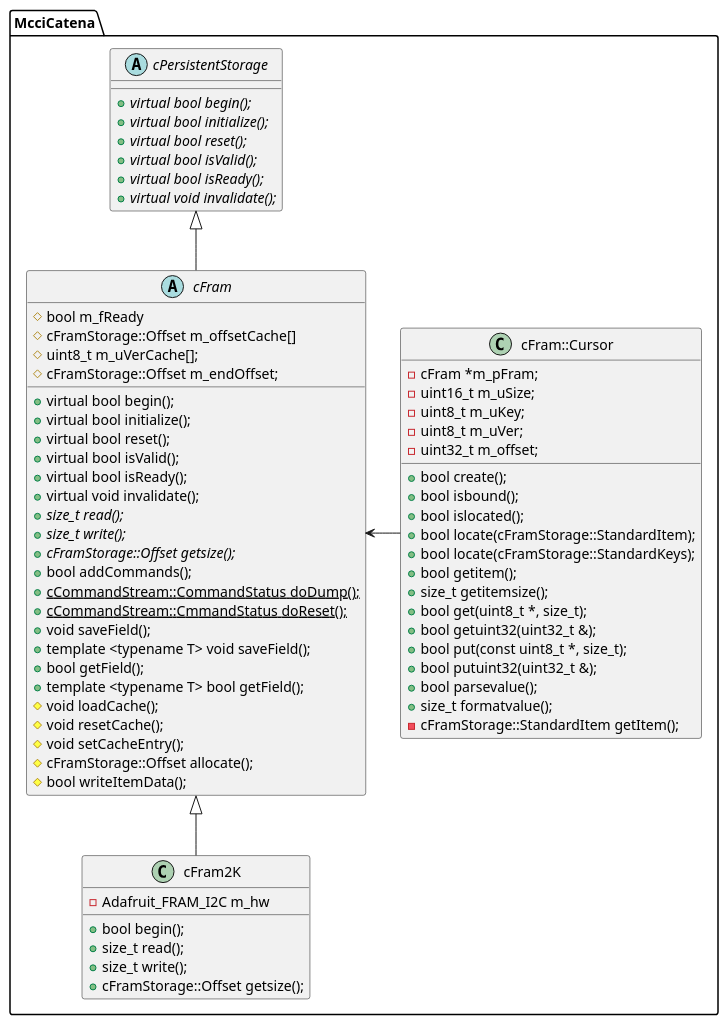
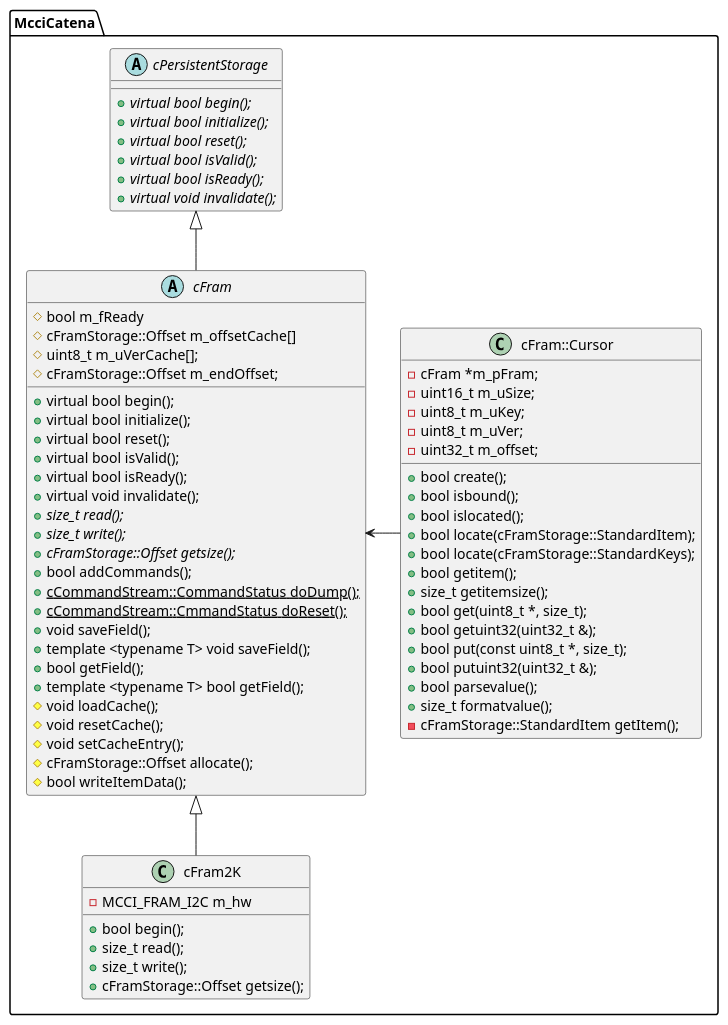
Before and after one commit to mcci-catena/Catena-Arduino-Platform: the diagram in assets/cFram.plantuml, drawn with PlantUML. The commit also changed 2 other files, not shown here.

Commit message:
Fix #240: change to requiring MCCI_FRAM_I2C library

```diff
--- a/assets/cFram.plantuml
+++ b/assets/cFram.plantuml
@@ -1,78 +1,78 @@
 @startuml "cFram class hierarchy"
 /' PlantUML image for FRAM
 '/
 namespace McciCatena {
 abstract class cPersistentStorage {
   +{abstract} virtual bool begin();
   +{abstract} virtual bool initialize();
   +{abstract} virtual bool reset();
   +{abstract} virtual bool isValid();
   +{abstract} virtual bool isReady();
   +{abstract} virtual void invalidate();
 }
 
 cPersistentStorage <|-- cFram
  
 abstract class cFram {
   +virtual bool begin();
   +virtual bool initialize();
   +virtual bool reset();
   +virtual bool isValid();
   +virtual bool isReady();
   +virtual void invalidate();
   +{abstract} size_t read();
   +{abstract} size_t write();
   +{abstract} cFramStorage::Offset getsize();
   +bool addCommands();
   +{static}cCommandStream::CommandStatus doDump();
   +{static}cCommandStream::CmmandStatus doReset();
   +void saveField();
   +template <typename T> void saveField();
   +bool getField();
   +template <typename T> bool getField();
   #bool m_fReady
   #cFramStorage::Offset m_offsetCache[]
   #uint8_t m_uVerCache[];
   #cFramStorage::Offset m_endOffset;
   #void loadCache();
   #void resetCache();
   #void setCacheEntry();
   #cFramStorage::Offset allocate();
   #bool writeItemData();
 }
 
 class cFram2K {
  +bool begin();
  +size_t read();
  +size_t write();
  +cFramStorage::Offset getsize();
- -Adafruit_FRAM_I2C m_hw
+ -MCCI_FRAM_I2C m_hw
 }
 
 cFram <|-- cFram2K
 
 class cFram::Cursor {
  +bool create();
  +bool isbound();
  +bool islocated();
  +bool locate(cFramStorage::StandardItem);
  +bool locate(cFramStorage::StandardKeys);
  +bool getitem();
  +size_t getitemsize();
  +bool get(uint8_t *, size_t);
  +bool getuint32(uint32_t &);
  +bool put(const uint8_t *, size_t);
  +bool putuint32(uint32_t &);
  +bool parsevalue();
  +size_t formatvalue();
  -cFramStorage::StandardItem getItem();
  -cFram *m_pFram;
  -uint16_t m_uSize;
  -uint8_t m_uKey;
  -uint8_t m_uVer;
  -uint32_t m_offset;
 }
 
 cFram <- cFram::Cursor
 }
 @enduml
```
